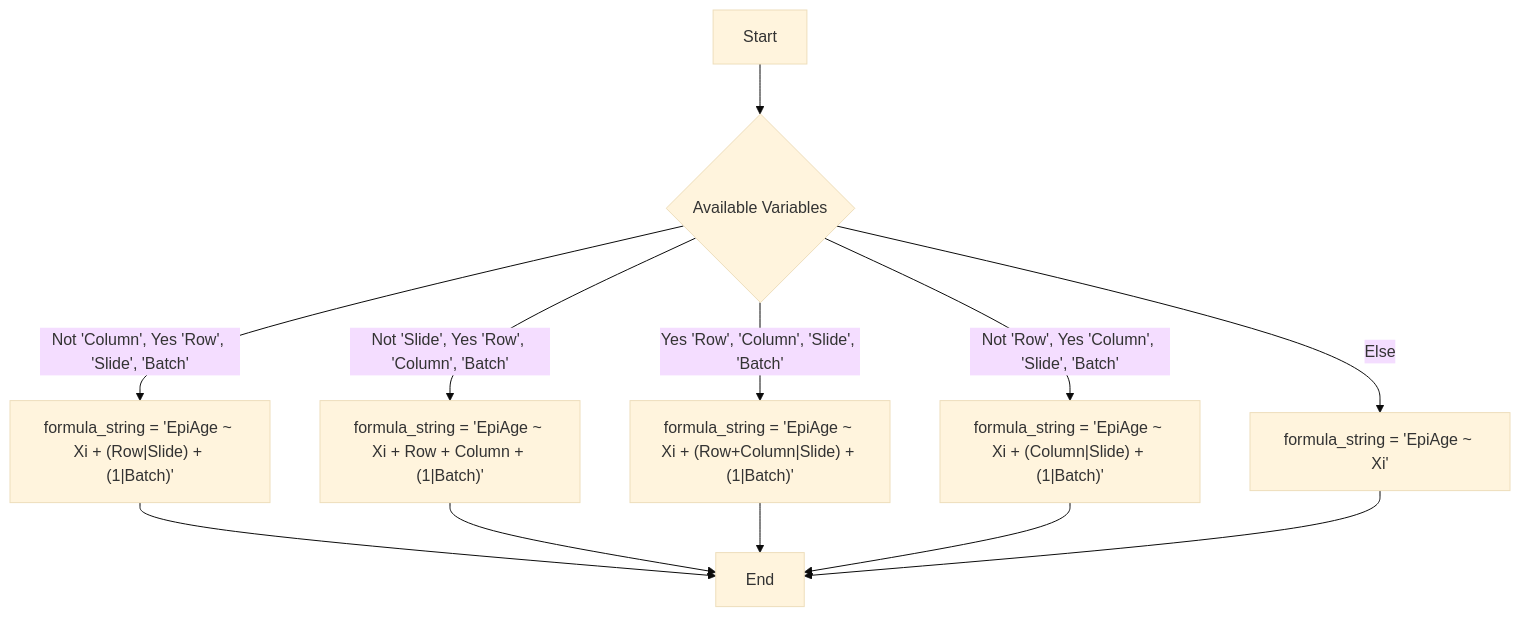
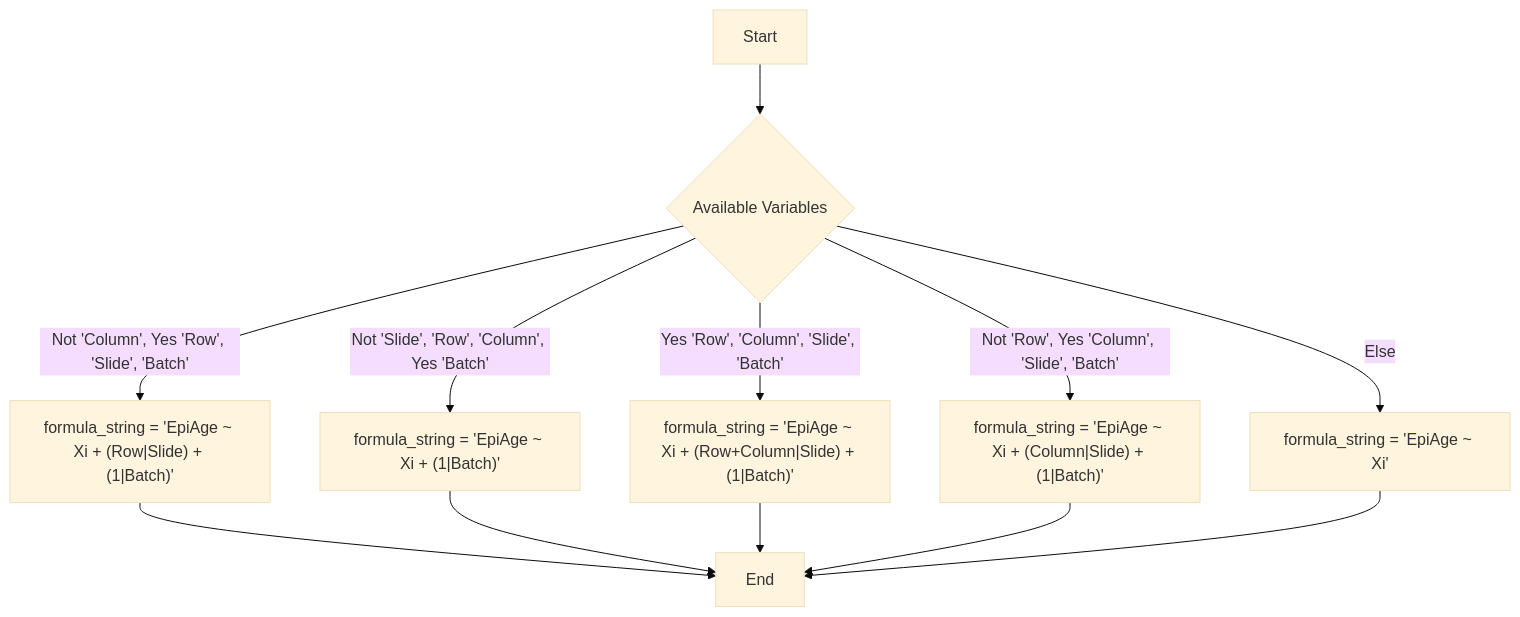
Before and after one commit to CastellaniLab/EpigeneticAgePipeline: the diagram in README.md, drawn with Mermaid (base theme). The commit also changed other lines of this file and 6 other files, not shown here.

````diff
--- a/README.md
+++ b/README.md
@@ -136,23 +227,23 @@
 ```mermaid
 graph TD
     A["Start"]
     B{"Available Variables"}
     C["formula_string = 'EpiAge ~ Xi + (Row|Slide) + (1|Batch)'"]
-    D["formula_string = 'EpiAge ~ Xi + Row + Column + (1|Batch)'"]
+    D["formula_string = 'EpiAge ~ Xi + (1|Batch)'"]
     E["formula_string = 'EpiAge ~ Xi + (Row+Column|Slide) + (1|Batch)'"]
     F["formula_string = 'EpiAge ~ Xi + (Column|Slide) + (1|Batch)'"]
     G["formula_string = 'EpiAge ~ Xi'"]
     H["End"]
  
     A --> B
     B -->|Not 'Column', Yes 'Row', 'Slide', 'Batch'| C
-    B -->|Not 'Slide', Yes 'Row', 'Column', 'Batch'| D
+    B -->|Not 'Slide', 'Row', 'Column', Yes 'Batch'| D
     B -->|Yes 'Row', 'Column', 'Slide', 'Batch'| E
     B -->|Not 'Row', Yes 'Column', 'Slide', 'Batch'| F
     B -->|Else| G
     C --> H
     D --> H
     E --> H
     F --> H
     G --> H
 ```
````
